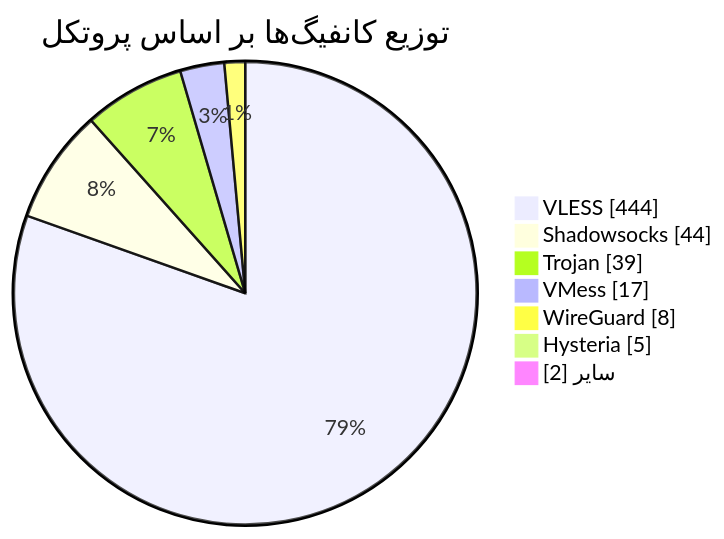
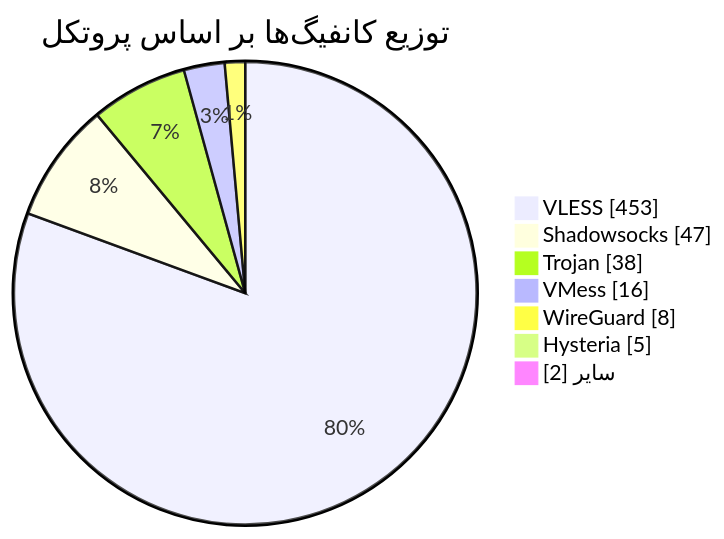
One commit to Arian-Alijani/Somthing changed the diagram in README.md. Above: the diagram before and after it, drawn with Mermaid. The commit also changed other lines of this file and 79 other files, not shown here.

````diff
--- a/README.md
+++ b/README.md
@@ -49,11 +49,11 @@
 ```mermaid
 pie showData
     title توزیع کانفیگ‌ها بر اساس پروتکل
-    "VLESS" : 444
-    "Shadowsocks" : 44
-    "Trojan" : 39
-    "VMess" : 17
+    "VLESS" : 453
+    "Shadowsocks" : 47
+    "Trojan" : 38
+    "VMess" : 16
     "WireGuard" : 8
     "Hysteria" : 5
     "سایر" : 2
 ```
````
